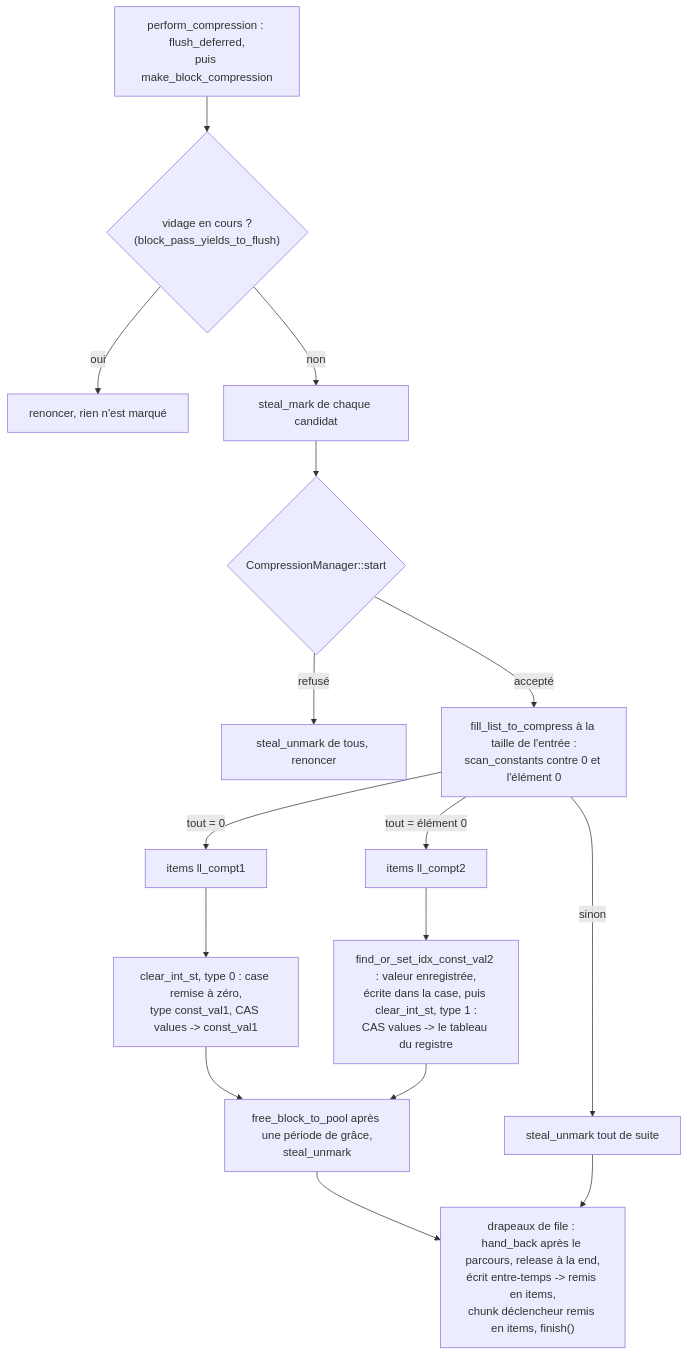
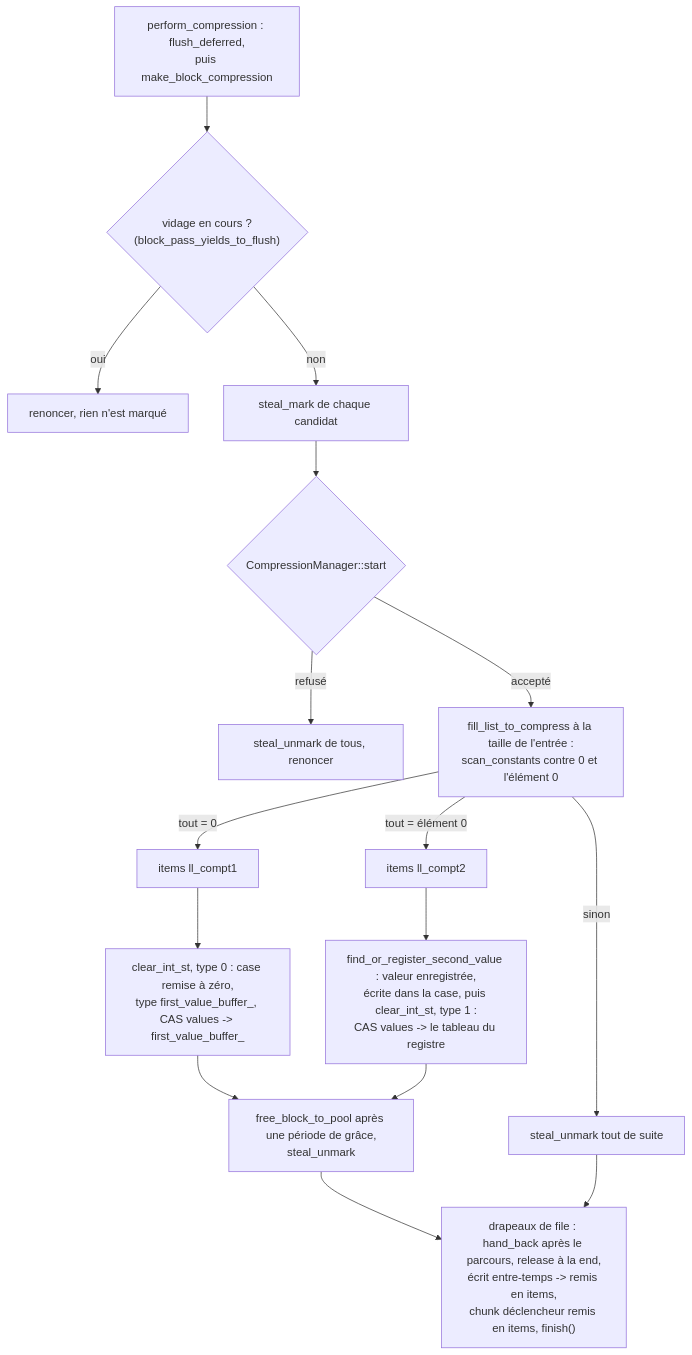
The first of 2 diagrams in docs/algo_zero_any_fr.md (cea-hpc/shrink-array), drawn with Mermaid before and after one commit. The commit also changed other lines of this file and 79 other files, not shown here.

````diff
--- a/docs/algo_zero_any_fr.md
+++ b/docs/algo_zero_any_fr.md
@@ -135,18 +135,18 @@
 ```mermaid
 flowchart TD
     A["perform_compression : flush_deferred,<br/>puis make_block_compression"] --> B{"vidage en cours ?<br/>(block_pass_yields_to_flush)"}
     B -->|oui| B1["renoncer, rien n'est marqué"]
     B -->|non| C["steal_mark de chaque candidat"]
     C --> D{"CompressionManager::start"}
     D -->|refusé| D1["steal_unmark de tous, renoncer"]
     D -->|accepté| E["fill_list_to_compress à la taille de l'entrée :<br/>scan_constants contre 0 et l'élément 0"]
     E -->|"tout = 0"| F["items ll_compt1"]
     E -->|"tout = élément 0"| G["items ll_compt2"]
     E -->|"sinon"| N["steal_unmark tout de suite"]
-    F --> F1["clear_int_st, type 0 : case remise à zéro,<br/>type const_val1, CAS values -> const_val1"]
-    G --> G1["find_or_set_idx_const_val2 : valeur enregistrée,<br/>écrite dans la case, puis clear_int_st, type 1 :<br/>CAS values -> le tableau du registre"]
+    F --> F1["clear_int_st, type 0 : case remise à zéro,<br/>type first_value_buffer_, CAS values -> first_value_buffer_"]
+    G --> G1["find_or_register_second_value : valeur enregistrée,<br/>écrite dans la case, puis clear_int_st, type 1 :<br/>CAS values -> le tableau du registre"]
     F1 --> R["free_block_to_pool après une période de grâce,<br/>steal_unmark"]
     G1 --> R
     R --> K["drapeaux de file : hand_back après le parcours, release à la end,<br/>écrit entre-temps -> remis en items,<br/>chunk déclencheur remis en items, finish()"]
     N --> K
 ```
````
